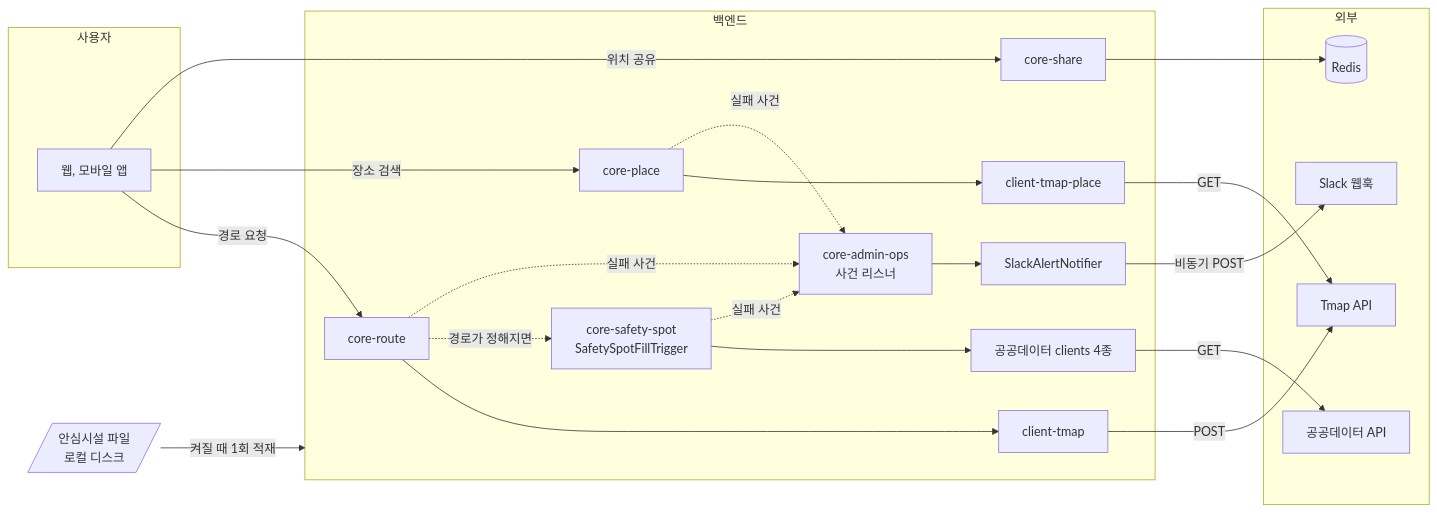
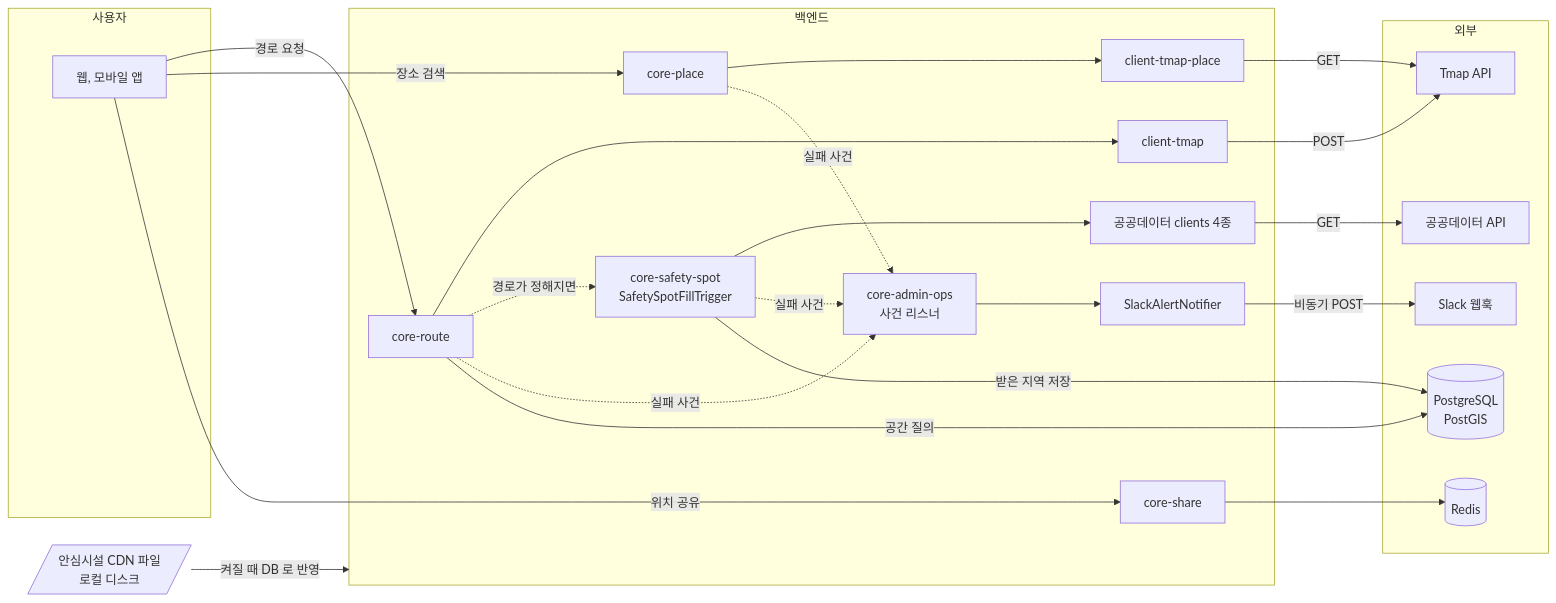
The first of 3 diagrams in docs/EXTERNAL_SERVICES.md (soo-ai-agent/bueongi-backend), drawn with Mermaid before and after one commit. The commit also changed other lines of this file and 11 other files, not shown here.

First line of the commit message:
docs(backend): 안심시설 저장 문서를 PostGIS 구조로 갱신

````diff
--- a/docs/EXTERNAL_SERVICES.md
+++ b/docs/EXTERNAL_SERVICES.md
@@ -37,34 +39,37 @@
 ```mermaid
 flowchart LR
     subgraph 사용자
         FE[웹, 모바일 앱]
     end
     subgraph 백엔드["백엔드"]
         RC[core-route]
         PC[core-place]
         SH[core-share]
         SS[core-safety-spot<br/>SafetySpotFillTrigger]
         OPS[core-admin-ops<br/>사건 리스너]
         TM[client-tmap]
         TP[client-tmap-place]
         PUB[공공데이터 clients 4종]
         SN[SlackAlertNotifier]
     end
     subgraph 외부
         TMAP[Tmap API]
         GOV[공공데이터 API]
         SLACK[Slack 웹훅]
         REDIS[(Redis)]
+        PG[(PostgreSQL<br/>PostGIS)]
     end
-    FILES[/안심시설 파일<br/>로컬 디스크/]
+    FILES[/안심시설 CDN 파일<br/>로컬 디스크/]
 
     FE -->|경로 요청| RC --> TM -->|POST| TMAP
     RC -. 경로가 정해지면 .-> SS --> PUB -->|GET| GOV
     FE -->|장소 검색| PC --> TP -->|GET| TMAP
     FE -->|위치 공유| SH --> REDIS
     RC -. 실패 사건 .-> OPS
     PC -. 실패 사건 .-> OPS
     SS -. 실패 사건 .-> OPS
     OPS --> SN -->|비동기 POST| SLACK
-    FILES -->|켜질 때 1회 적재| 백엔드
+    FILES -->|켜질 때 DB 로 반영| 백엔드
+    RC -->|공간 질의| PG
+    SS -->|받은 지역 저장| PG
 ```
````
